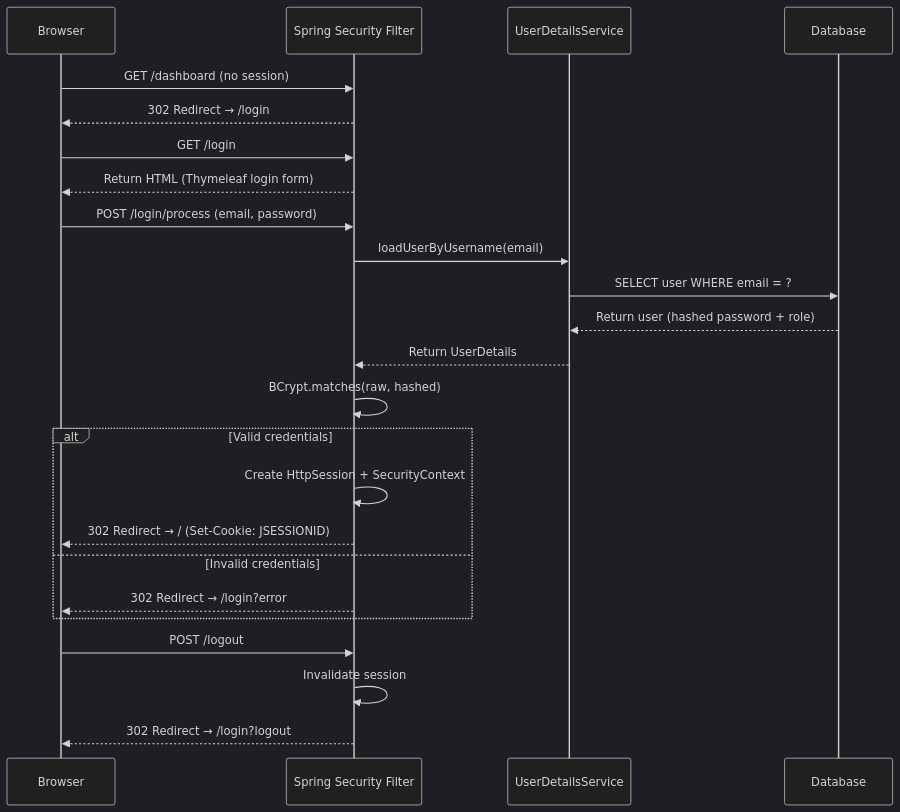
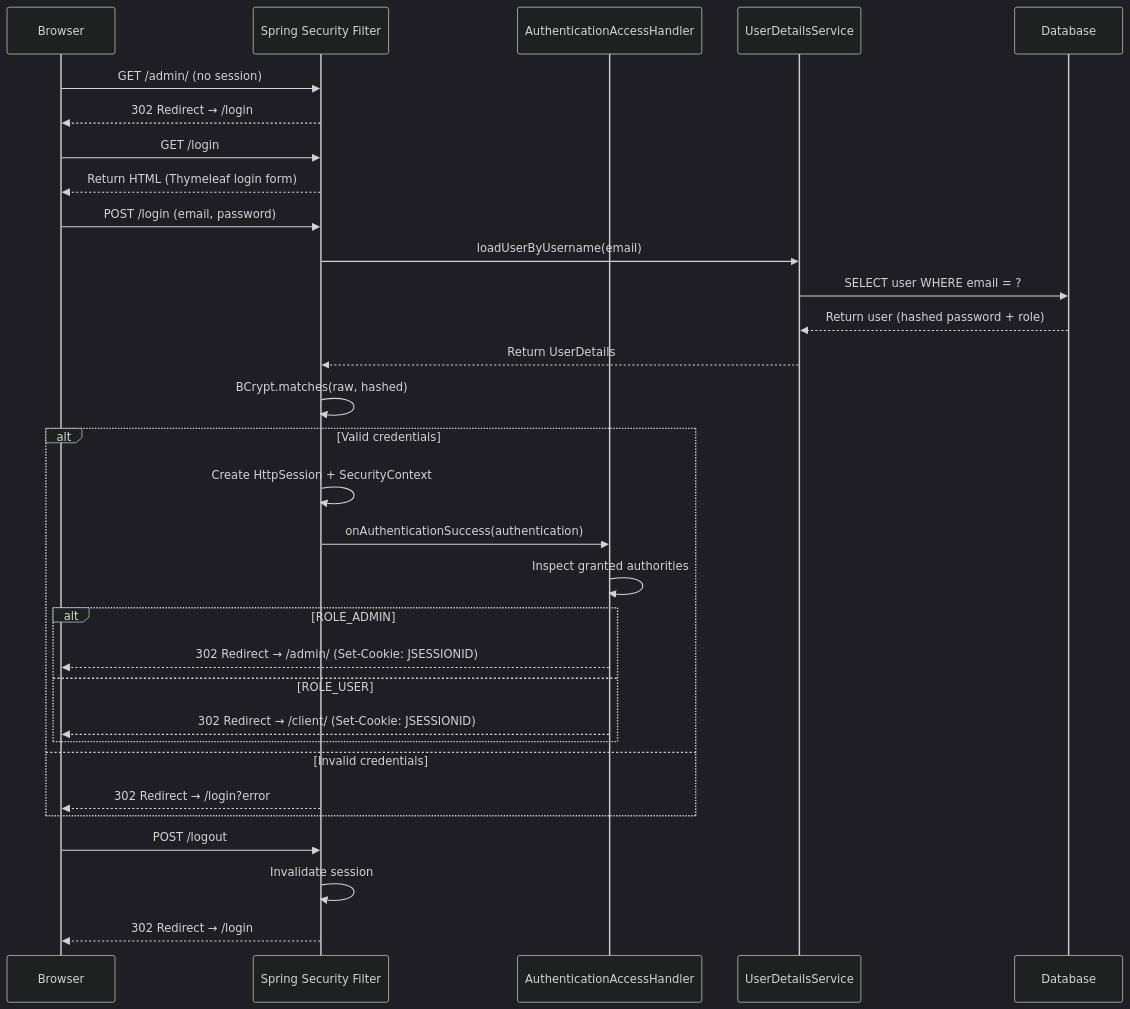
One commit to m000gg/unit-billing changed the second of 2 diagrams in docs/features/authorization-2.md. Above: the diagram before and after it, drawn with Mermaid (dark theme). The commit also changed other lines of this file and 1 other file, not shown here.

````diff
--- a/docs/features/authorization-2.md
+++ b/docs/features/authorization-2.md
@@ -102,31 +123,38 @@
 ```mermaid
 sequenceDiagram
   participant Browser
   participant Spring Security Filter
+  participant AuthenticationAccessHandler
   participant UserDetailsService
   participant Database
 
-  Browser->>Spring Security Filter: GET /dashboard (no session)
+  Browser->>Spring Security Filter: GET /admin/ (no session)
   Spring Security Filter-->>Browser: 302 Redirect → /login
 
   Browser->>Spring Security Filter: GET /login
   Spring Security Filter-->>Browser: Return HTML (Thymeleaf login form)
 
-  Browser->>Spring Security Filter: POST /login/process (email, password)
+  Browser->>Spring Security Filter: POST /login (email, password)
   Spring Security Filter->>UserDetailsService: loadUserByUsername(email)
   UserDetailsService->>Database: SELECT user WHERE email = ?
   Database-->>UserDetailsService: Return user (hashed password + role)
   UserDetailsService-->>Spring Security Filter: Return UserDetails
   Spring Security Filter->>Spring Security Filter: BCrypt.matches(raw, hashed)
 
   alt Valid credentials
     Spring Security Filter->>Spring Security Filter: Create HttpSession + SecurityContext
-    Spring Security Filter-->>Browser: 302 Redirect → / (Set-Cookie: JSESSIONID)
+    Spring Security Filter->>AuthenticationAccessHandler: onAuthenticationSuccess(authentication)
+    AuthenticationAccessHandler->>AuthenticationAccessHandler: Inspect granted authorities
+    alt ROLE_ADMIN
+      AuthenticationAccessHandler-->>Browser: 302 Redirect → /admin/ (Set-Cookie: JSESSIONID)
+    else ROLE_USER
+      AuthenticationAccessHandler-->>Browser: 302 Redirect → /client/ (Set-Cookie: JSESSIONID)
+    end
   else Invalid credentials
     Spring Security Filter-->>Browser: 302 Redirect → /login?error
   end
 
   Browser->>Spring Security Filter: POST /logout
   Spring Security Filter->>Spring Security Filter: Invalidate session
-  Spring Security Filter-->>Browser: 302 Redirect → /login?logout
+  Spring Security Filter-->>Browser: 302 Redirect → /login
 ```
````
